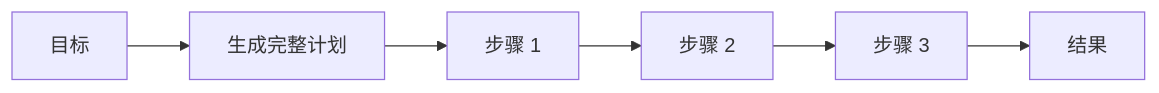
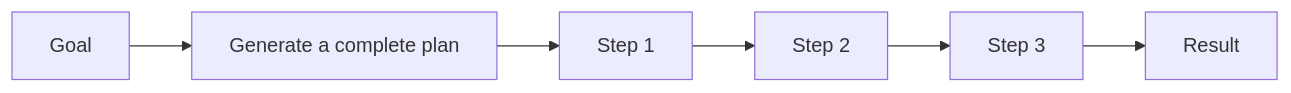
Before and after one commit to oneleaveknowsthefall/awesome-ai-roadmap: the sixth of 8 diagrams in docs/agent/01-foundations/02-agent-architecture.md, drawn with Mermaid. The commit also changed other lines of this file and 68 other files, not shown here.

````diff
--- a/docs/agent/01-foundations/02-agent-architecture.md
+++ b/docs/agent/01-foundations/02-agent-architecture.md
@@ -515,8 +519,8 @@
 ```mermaid
 flowchart LR
-    G[目标] --> P[生成完整计划]
-    P --> S1[步骤 1]
-    S1 --> S2[步骤 2]
-    S2 --> S3[步骤 3]
-    S3 --> R[结果]
+    G[Goal] --> P[Generate a complete plan]
+    P --> S1[Step 1]
+    S1 --> S2[Step 2]
+    S2 --> S3[Step 3]
+    S3 --> R[Result]
 ```
````
